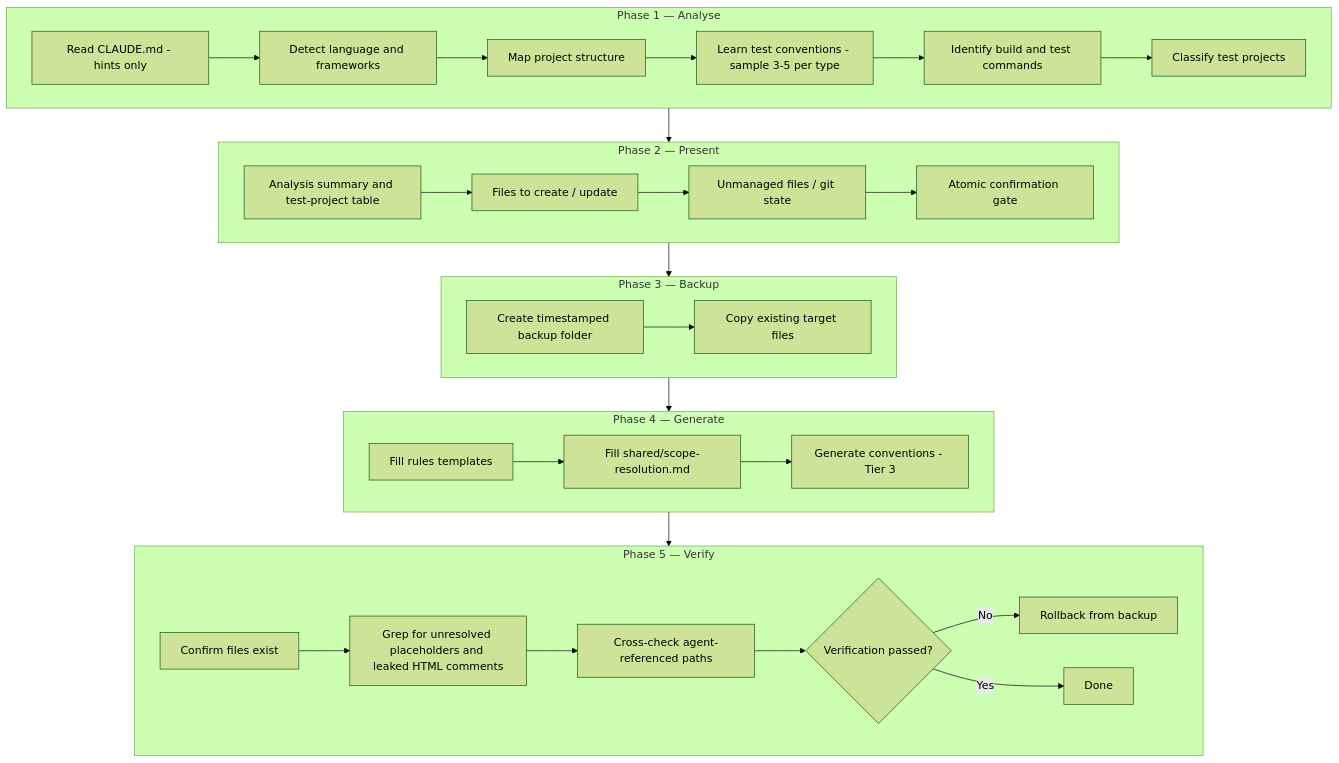
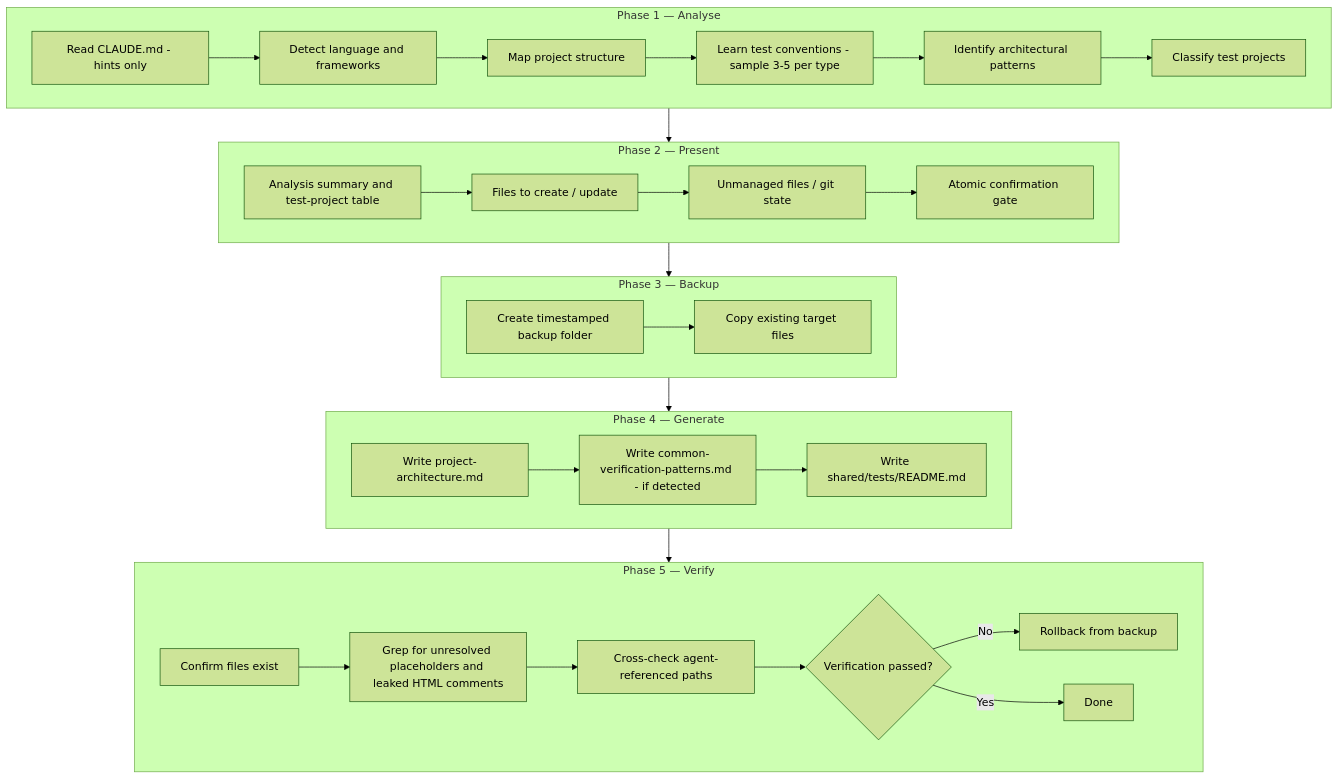
Before and after one commit to softwareone-platform/issue-to-pr: the diagram in plugins/test-authoring/docs/skills/readme-setup-test-context.md, drawn with Mermaid (forest theme). The commit also changed other lines of this file and 31 other files, not shown here.

````diff
--- a/plugins/test-authoring/docs/skills/readme-setup-test-context.md
+++ b/plugins/test-authoring/docs/skills/readme-setup-test-context.md
@@ -65,47 +68,47 @@
 ```mermaid
 flowchart TB
     subgraph P1["Phase 1 — Analyse"]
         direction LR
         A1[Read CLAUDE.md - hints only]
         A2[Detect language and frameworks]
         A3[Map project structure]
         A4[Learn test conventions - sample 3-5 per type]
-        A5[Identify build and test commands]
+        A5[Identify architectural patterns]
         A6[Classify test projects]
         A1 --> A2 --> A3 --> A4 --> A5 --> A6
     end
     subgraph P2["Phase 2 — Present"]
         direction LR
         B1[Analysis summary and test-project table]
         B2[Files to create / update]
         B3[Unmanaged files / git state]
         B4[Atomic confirmation gate]
         B1 --> B2 --> B3 --> B4
     end
     subgraph P3["Phase 3 — Backup"]
         direction LR
         C1[Create timestamped backup folder]
         C2[Copy existing target files]
         C1 --> C2
     end
     subgraph P4["Phase 4 — Generate"]
         direction LR
-        D1[Fill rules templates]
-        D2[Fill shared/scope-resolution.md]
-        D3[Generate conventions - Tier 3]
+        D1[Write project-architecture.md]
+        D2[Write common-verification-patterns.md - if detected]
+        D3[Write shared/tests/README.md]
         D1 --> D2 --> D3
     end
     subgraph P5["Phase 5 — Verify"]
         direction LR
         E1[Confirm files exist]
         E2[Grep for unresolved placeholders and leaked HTML comments]
         E3[Cross-check agent-referenced paths]
         E4{Verification passed?}
         E5[Rollback from backup]
         E6[Done]
         E1 --> E2 --> E3 --> E4
         E4 -- No --> E5
         E4 -- Yes --> E6
     end
     P1 --> P2 --> P3 --> P4 --> P5
 ```
````
